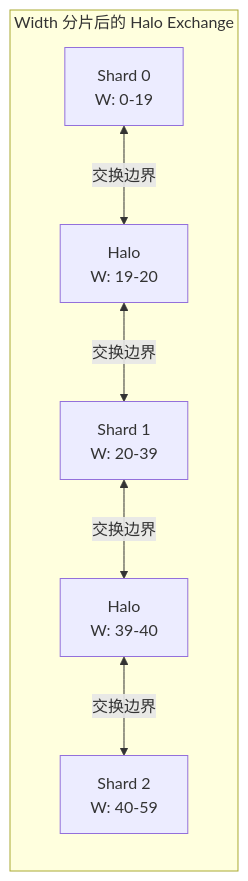
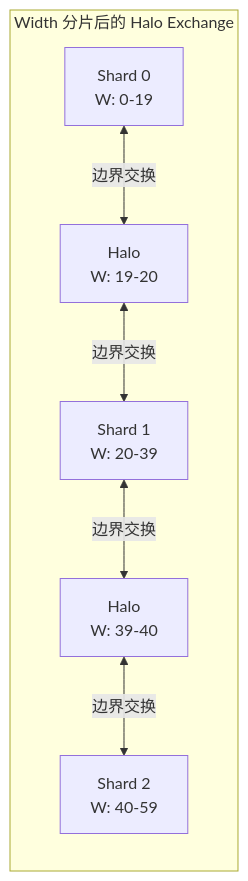
Diagram 11 of 13 in tpu/Wan2.2/wan_tpu_optimization_guide.md (yangwhale/gpu-tpu-pedia), drawn with Mermaid before and after one commit. The commit also changed other lines of this file, not shown here.

````diff
--- a/tpu/Wan2.2/wan_tpu_optimization_guide.md
+++ b/tpu/Wan2.2/wan_tpu_optimization_guide.md
@@ -1338,14 +1425,14 @@
 ```mermaid
 graph LR
     subgraph "Width 分片后的 Halo Exchange"
         S0[Shard 0<br/>W: 0-19]
         S1[Shard 1<br/>W: 20-39]
         S2[Shard 2<br/>W: 40-59]
         
         H01[Halo<br/>W: 19-20]
         H12[Halo<br/>W: 39-40]
     end
     
-    S0 <-->|交换边界| H01 <-->|交换边界| S1
-    S1 <-->|交换边界| H12 <-->|交换边界| S2
+    S0 <-->|边界交换| H01 <-->|边界交换| S1
+    S1 <-->|边界交换| H12 <-->|边界交换| S2
 ```
````
